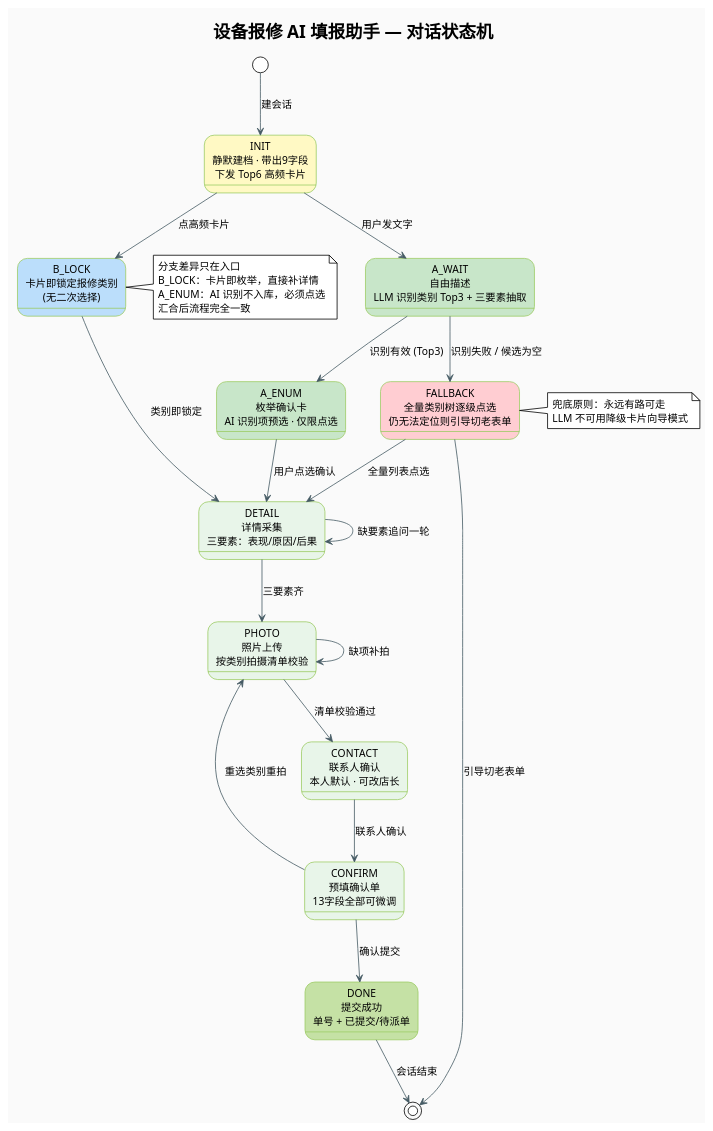
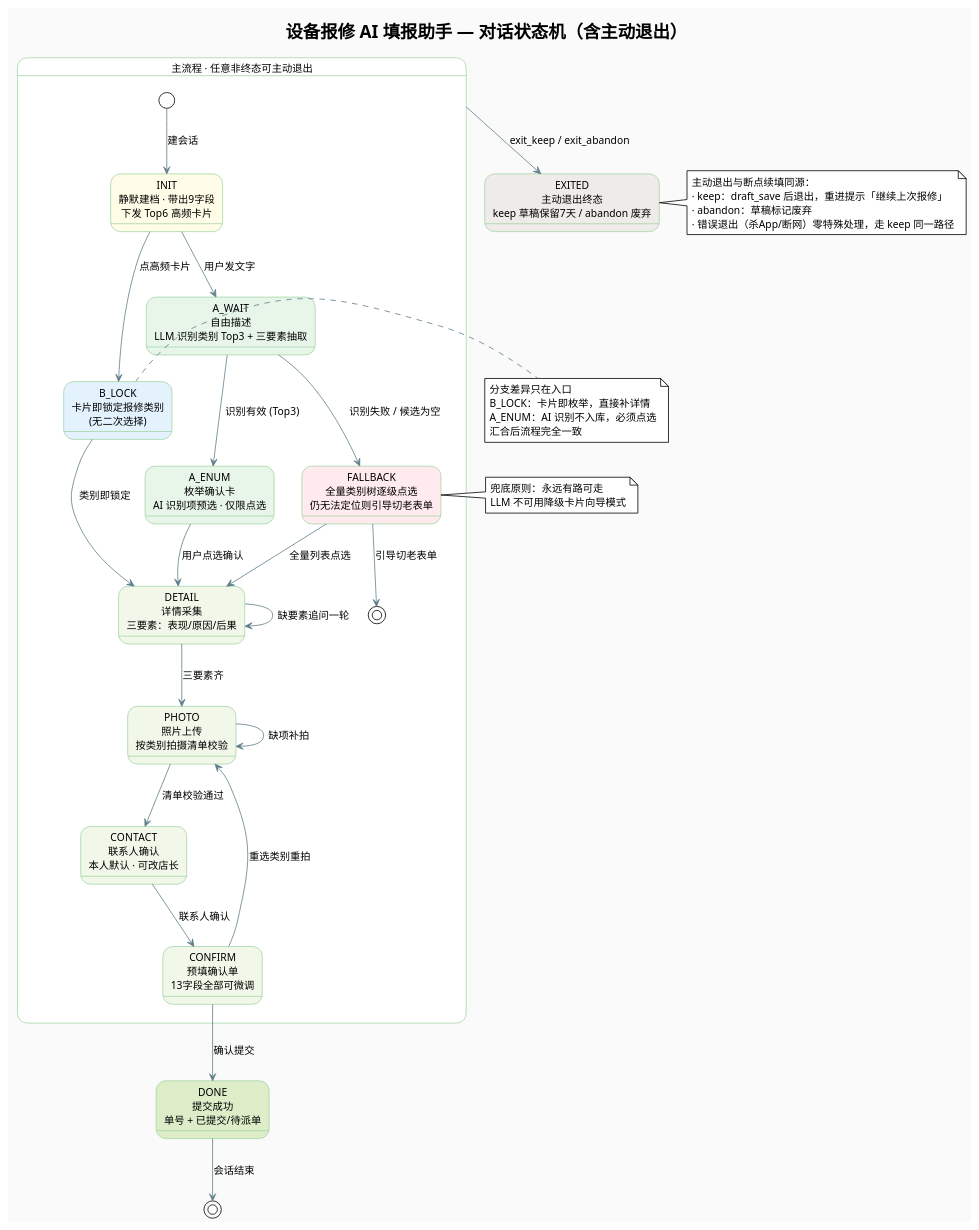
Before and after one commit to bai876939716/my_doc: the diagram in src/main/hotmaxx/需求点/输入优化/diagrams/02-对话状态机图.puml, drawn with PlantUML. The commit also changed 12 other files, not shown here.

```diff
--- a/src/main/hotmaxx/需求点/输入优化/diagrams/02-对话状态机图.puml
+++ b/src/main/hotmaxx/需求点/输入优化/diagrams/02-对话状态机图.puml
@@ -1,72 +1,74 @@
 @startuml 设备报修AI填报-对话状态机
 !theme plain
 skinparam backgroundColor #FAFAFA
 skinparam defaultFontName "PingFang SC,Microsoft YaHei,Arial"
 skinparam state {
-  BackgroundColor #E8F5E9
-  BorderColor #9CCC65
-  ArrowColor #455A64
+  BackgroundColor #F1F8E9
+  BorderColor #A5D6A7
+  ArrowColor #607D8B
   FontSize 13
 }
 
-title 设备报修 AI 填报助手 — 对话状态机
+title 设备报修 AI 填报助手 — 对话状态机（含主动退出）
 
-' ========== 入口 ==========
-state "INIT\n静默建档 · 带出9字段\n下发 Top6 高频卡片" as INIT #FFF9C4
+state "主流程 · 任意非终态可主动退出" as MAIN #FFFFFF {
+  state "INIT\n静默建档 · 带出9字段\n下发 Top6 高频卡片" as INIT #FFFDE7
+  state "A_WAIT\n自由描述\nLLM 识别类别 Top3 + 三要素抽取" as A_WAIT #E8F5E9
+  state "B_LOCK\n卡片即锁定报修类别\n(无二次选择)" as B_LOCK #E3F2FD
+  state "A_ENUM\n枚举确认卡\nAI 识别项预选 · 仅限点选" as A_ENUM #E8F5E9
+  state "FALLBACK\n全量类别树逐级点选\n仍无法定位则引导切老表单" as FALLBACK #FFEBEE
+  state "DETAIL\n详情采集\n三要素：表现/原因/后果" as DETAIL #F1F8E9
+  state "PHOTO\n照片上传\n按类别拍摄清单校验" as PHOTO #F1F8E9
+  state "CONTACT\n联系人确认\n本人默认 · 可改店长" as CONTACT #F1F8E9
+  state "CONFIRM\n预填确认单\n13字段全部可微调" as CONFIRM #F1F8E9
 
-' ========== 分支A：自由描述 ==========
-state "A_WAIT\n自由描述\nLLM 识别类别 Top3 + 三要素抽取" as A_WAIT #C8E6C9
+  [*] --> INIT : 建会话
 
-' ========== 分支B：高频卡片 ==========
-state "B_LOCK\n卡片即锁定报修类别\n(无二次选择)" as B_LOCK #BBDEFB
+  INIT --> A_WAIT : 用户发文字
+  INIT --> B_LOCK : 点高频卡片
 
-state "A_ENUM\n枚举确认卡\nAI 识别项预选 · 仅限点选" as A_ENUM #C8E6C9
+  A_WAIT --> A_ENUM : 识别有效 (Top3)
+  A_WAIT --> FALLBACK : 识别失败 / 候选为空
+  A_ENUM --> DETAIL : 用户点选确认
+  B_LOCK --> DETAIL : 类别即锁定
+  FALLBACK --> DETAIL : 全量列表点选
+  FALLBACK --> [*] : 引导切老表单
 
-' ========== 兜底 ==========
-state "FALLBACK\n全量类别树逐级点选\n仍无法定位则引导切老表单" as FALLBACK #FFCDD2
+  DETAIL --> DETAIL : 缺要素追问一轮
+  DETAIL --> PHOTO : 三要素齐
 
-' ========== 公共流程 ==========
-state "DETAIL\n详情采集\n三要素：表现/原因/后果" as DETAIL #E8F5E9
-state "PHOTO\n照片上传\n按类别拍摄清单校验" as PHOTO #E8F5E9
-state "CONTACT\n联系人确认\n本人默认 · 可改店长" as CONTACT #E8F5E9
-state "CONFIRM\n预填确认单\n13字段全部可微调" as CONFIRM #E8F5E9
-state "DONE\n提交成功\n单号 + 已提交/待派单" as DONE #C5E1A5
+  PHOTO --> PHOTO : 缺项补拍
+  PHOTO --> CONTACT : 清单校验通过
 
-' ========== 转移 ==========
-[*] --> INIT : 建会话
+  CONTACT --> CONFIRM : 联系人确认
+  CONFIRM --> PHOTO : 重选类别重拍
+}
 
-INIT --> A_WAIT : 用户发文字
-INIT --> B_LOCK : 点高频卡片
+state "DONE\n提交成功\n单号 + 已提交/待派单" as DONE #DCEDC8
+state "EXITED\n主动退出终态\nkeep 草稿保留7天 / abandon 废弃" as EXITED #EFEBE9
 
-A_WAIT --> A_ENUM : 识别有效 (Top3)
-A_WAIT --> FALLBACK : 识别失败 / 候选为空
-A_ENUM --> DETAIL : 用户点选确认
-B_LOCK --> DETAIL : 类别即锁定
-FALLBACK --> DETAIL : 全量列表点选
-FALLBACK --> [*] : 引导切老表单
+CONFIRM --> DONE : 确认提交
+DONE --> [*] : 会话结束
 
-DETAIL --> DETAIL : 缺要素追问一轮
-DETAIL --> PHOTO : 三要素齐
-
-PHOTO --> PHOTO : 缺项补拍
-PHOTO --> CONTACT : 清单校验通过
-
-CONTACT --> CONFIRM : 联系人确认
-CONFIRM --> DONE : 确认提交
-CONFIRM --> PHOTO : 重选类别重拍
-
-DONE --> [*] : 会话结束
+MAIN --> EXITED : exit_keep / exit_abandon
 
 note right of B_LOCK
   分支差异只在入口
   B_LOCK：卡片即枚举，直接补详情
   A_ENUM：AI 识别不入库，必须点选
   汇合后流程完全一致
 end note
 
 note right of FALLBACK
   兜底原则：永远有路可走
   LLM 不可用降级卡片向导模式
 end note
 
+note right of EXITED
+  主动退出与断点续填同源：
+  · keep：draft_save 后退出，重进提示「继续上次报修」
+  · abandon：草稿标记废弃
+  · 错误退出（杀App/断网）零特殊处理，走 keep 同一路径
+end note
+
 @enduml
```
